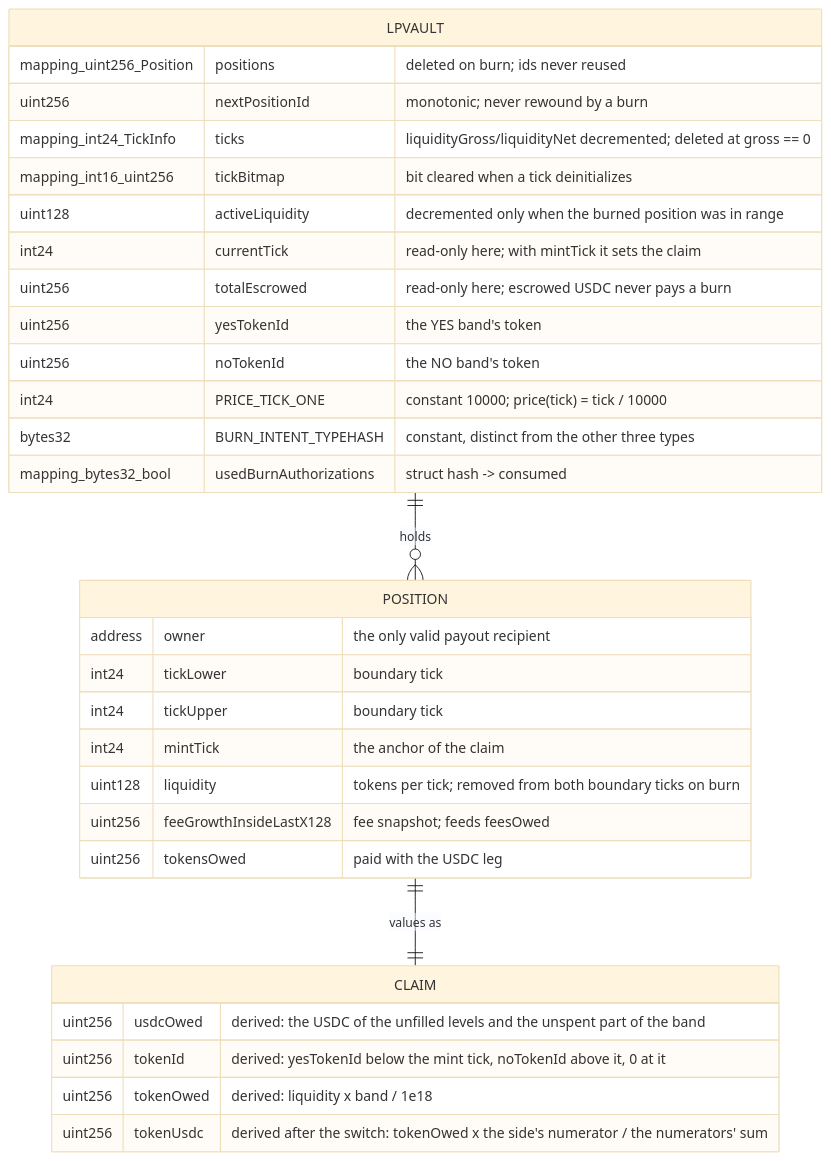
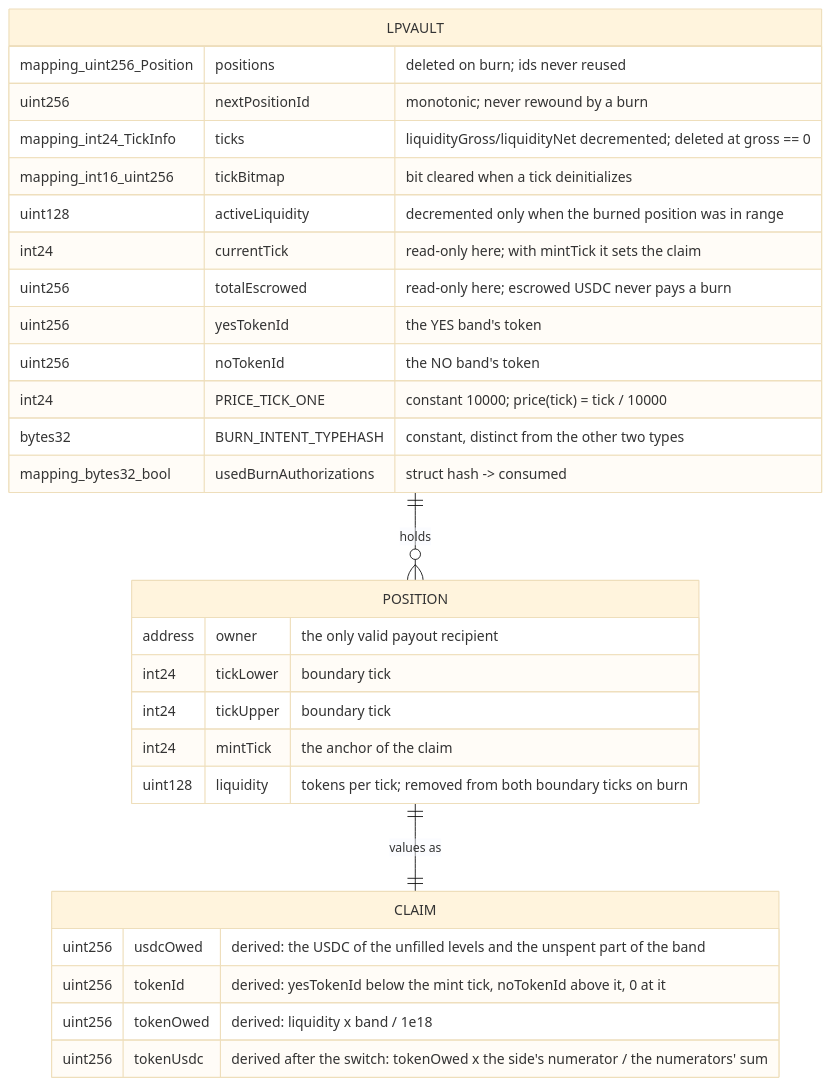
Before and after one commit to ProphetMarket/lp-vaults: the third of 4 diagrams in specs/features/contracts/FEAT-7G40-burn-lp-position/ARCHITECTURE.md, drawn with Mermaid (base theme). The commit also changed other lines of this file and 73 other files, not shown here.

````diff
--- a/specs/features/contracts/FEAT-7G40-burn-lp-position/ARCHITECTURE.md
+++ b/specs/features/contracts/FEAT-7G40-burn-lp-position/ARCHITECTURE.md
@@ -75,34 +75,32 @@
 ```mermaid
 erDiagram
     LPVAULT {
         mapping_uint256_Position positions "deleted on burn; ids never reused"
         uint256 nextPositionId "monotonic; never rewound by a burn"
         mapping_int24_TickInfo ticks "liquidityGross/liquidityNet decremented; deleted at gross == 0"
         mapping_int16_uint256 tickBitmap "bit cleared when a tick deinitializes"
         uint128 activeLiquidity "decremented only when the burned position was in range"
         int24 currentTick "read-only here; with mintTick it sets the claim"
         uint256 totalEscrowed "read-only here; escrowed USDC never pays a burn"
         uint256 yesTokenId "the YES band's token"
         uint256 noTokenId "the NO band's token"
         int24 PRICE_TICK_ONE "constant 10000; price(tick) = tick / 10000"
-        bytes32 BURN_INTENT_TYPEHASH "constant, distinct from the other three types"
+        bytes32 BURN_INTENT_TYPEHASH "constant, distinct from the other two types"
         mapping_bytes32_bool usedBurnAuthorizations "struct hash -> consumed"
     }
     POSITION {
         address owner "the only valid payout recipient"
         int24 tickLower "boundary tick"
         int24 tickUpper "boundary tick"
         int24 mintTick "the anchor of the claim"
         uint128 liquidity "tokens per tick; removed from both boundary ticks on burn"
-        uint256 feeGrowthInsideLastX128 "fee snapshot; feeds feesOwed"
-        uint256 tokensOwed "paid with the USDC leg"
     }
     CLAIM {
         uint256 usdcOwed "derived: the USDC of the unfilled levels and the unspent part of the band"
         uint256 tokenId "derived: yesTokenId below the mint tick, noTokenId above it, 0 at it"
         uint256 tokenOwed "derived: liquidity x band / 1e18"
         uint256 tokenUsdc "derived after the switch: tokenOwed x the side's numerator / the numerators' sum"
     }
     LPVAULT ||--o{ POSITION : "holds"
     POSITION ||--|| CLAIM : "values as"
 ```
````
